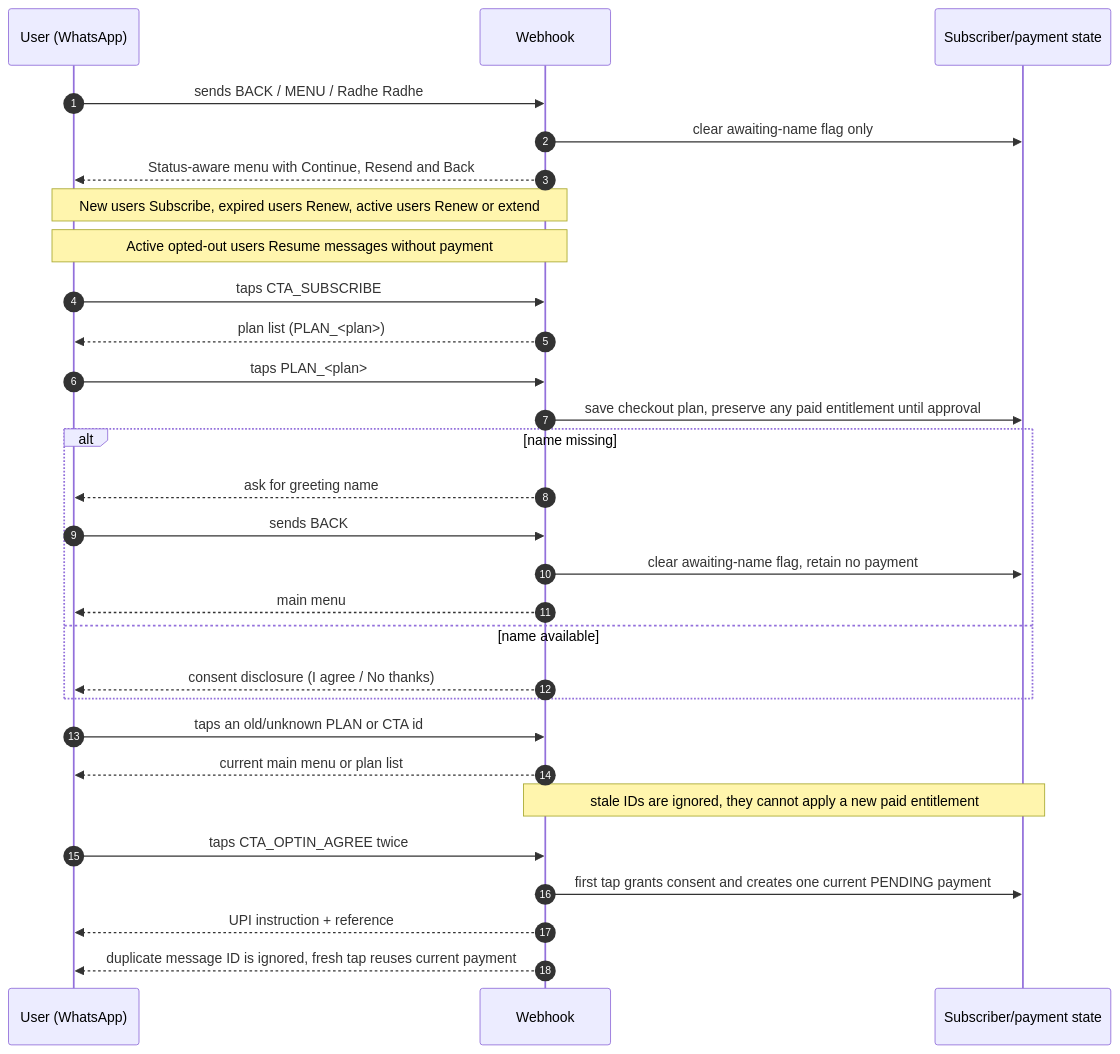
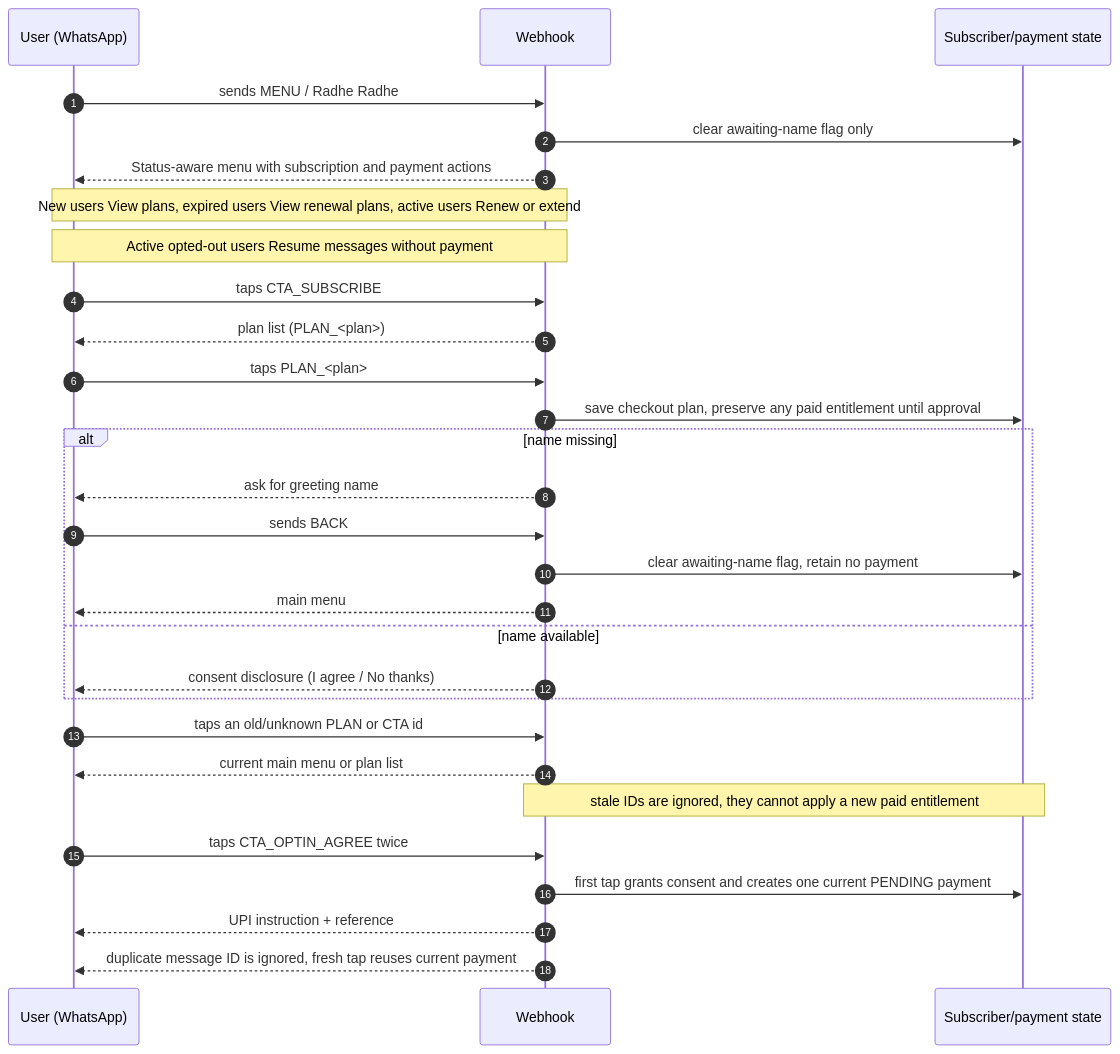
One commit to mishnit/daily-darshan changed the fourth of 10 diagrams in sequence-diagrams.md. Above: the diagram before and after it, drawn with Mermaid. The commit also changed other lines of this file and 9 other files, not shown here.

````diff
--- a/sequence-diagrams.md
+++ b/sequence-diagrams.md
@@ -208,35 +208,35 @@
 ```mermaid
 sequenceDiagram
     autonumber
     participant User as User (WhatsApp)
     participant Web as Webhook
     participant State as Subscriber/payment state
 
-    User->>Web: sends BACK / MENU / Radhe Radhe
+    User->>Web: sends MENU / Radhe Radhe
     Web->>State: clear awaiting-name flag only
-    Web-->>User: Status-aware menu with Continue, Resend and Back
-    Note over Web,User: New users Subscribe, expired users Renew, active users Renew or extend
+    Web-->>User: Status-aware menu with subscription and payment actions
+    Note over Web,User: New users View plans, expired users View renewal plans, active users Renew or extend
     Note over Web,User: Active opted-out users Resume messages without payment
 
     User->>Web: taps CTA_SUBSCRIBE
     Web-->>User: plan list (PLAN_<plan>)
     User->>Web: taps PLAN_<plan>
     Web->>State: save checkout plan, preserve any paid entitlement until approval
     alt name missing
         Web-->>User: ask for greeting name
         User->>Web: sends BACK
         Web->>State: clear awaiting-name flag, retain no payment
         Web-->>User: main menu
     else name available
         Web-->>User: consent disclosure (I agree / No thanks)
     end
 
     User->>Web: taps an old/unknown PLAN or CTA id
     Web-->>User: current main menu or plan list
     Note over Web,State: stale IDs are ignored, they cannot apply a new paid entitlement
 
     User->>Web: taps CTA_OPTIN_AGREE twice
     Web->>State: first tap grants consent and creates one current PENDING payment
     Web-->>User: UPI instruction + reference
     Web-->>User: duplicate message ID is ignored, fresh tap reuses current payment
 ```
````
